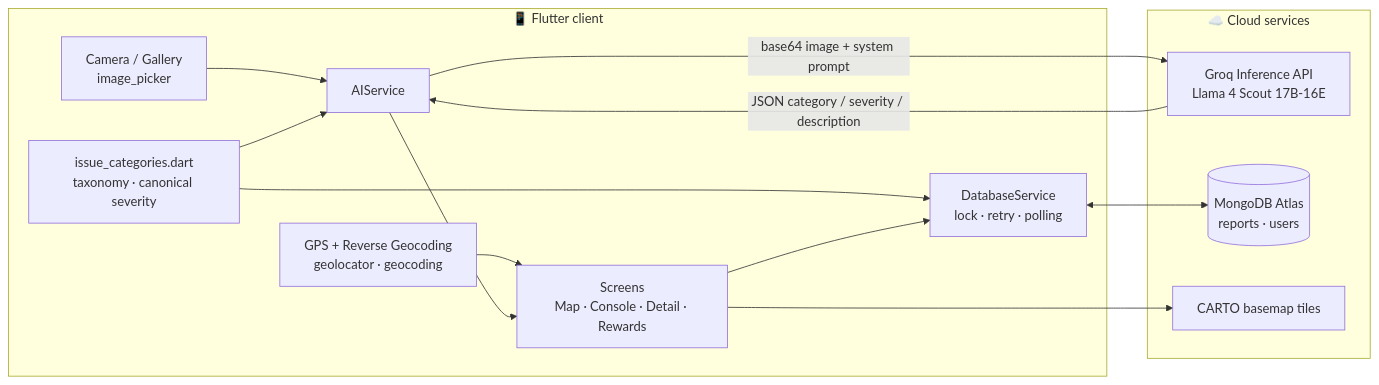
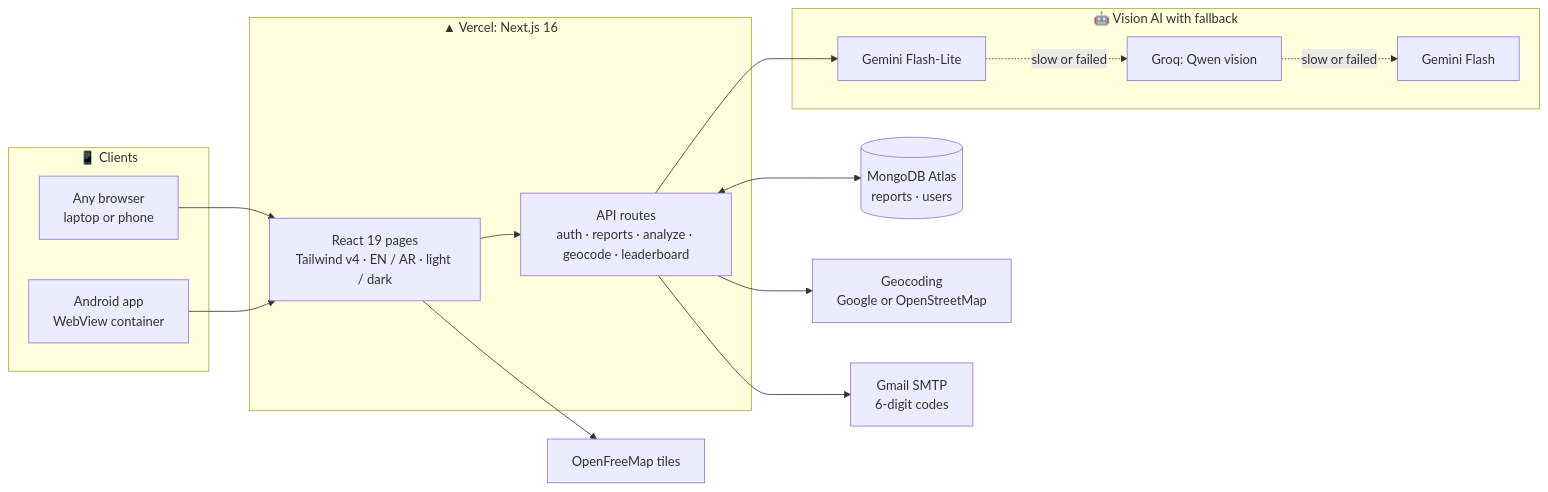
One commit to SohamBhongade/Tareeq changed the third of 3 diagrams in README.md. Above: the diagram before and after it, drawn with Mermaid. The commit also changed other lines of this file and 37 other files, not shown here.

````diff
--- a/README.md
+++ b/README.md
@@ -272,28 +327,34 @@
 ```mermaid
 flowchart LR
-    subgraph Device["📱 Flutter client"]
-        CAM[Camera / Gallery<br/>image_picker]
-        GPS[GPS + Reverse Geocoding<br/>geolocator · geocoding]
-        UI[Screens<br/>Map · Console · Detail · Rewards]
-        AI[AIService]
-        DB[DatabaseService<br/>lock · retry · polling]
-        RULES[issue_categories.dart<br/>taxonomy · canonical severity]
+    subgraph Clients["📱 Clients"]
+        WEB["Any browser<br/>laptop or phone"]
+        APK["Android app<br/>WebView container"]
     end
 
-    subgraph Cloud["☁️ Cloud services"]
-        GROQ[Groq Inference API<br/>Llama 4 Scout 17B-16E]
-        ATLAS[(MongoDB Atlas<br/>reports · users)]
-        TILES[CARTO basemap tiles]
+    subgraph Vercel["▲ Vercel: Next.js 16"]
+        UI["React 19 pages<br/>Tailwind v4 · EN / AR · light / dark"]
+        API["API routes<br/>auth · reports · analyze · geocode · leaderboard"]
     end
 
-    CAM --> AI
-    AI -- base64 image + system prompt --> GROQ
-    GROQ -- JSON category / severity / description --> AI
-    GPS --> UI
-    AI --> UI
-    RULES --> AI
-    RULES --> DB
-    UI --> DB
-    DB <--> ATLAS
-    UI --> TILES
+    subgraph AI["🤖 Vision AI with fallback"]
+        G1["Gemini Flash-Lite"]
+        G2["Groq: Qwen vision"]
+        G3["Gemini Flash"]
+    end
+
+    DB[("MongoDB Atlas<br/>reports · users")]
+    MAP["OpenFreeMap tiles"]
+    GEO["Geocoding<br/>Google or OpenStreetMap"]
+    MAIL["Gmail SMTP<br/>6-digit codes"]
+
+    WEB --> UI
+    APK --> UI
+    UI --> API
+    UI --> MAP
+    API --> G1
+    G1 -. slow or failed .-> G2
+    G2 -. slow or failed .-> G3
+    API <--> DB
+    API --> GEO
+    API --> MAIL
 ```
````
